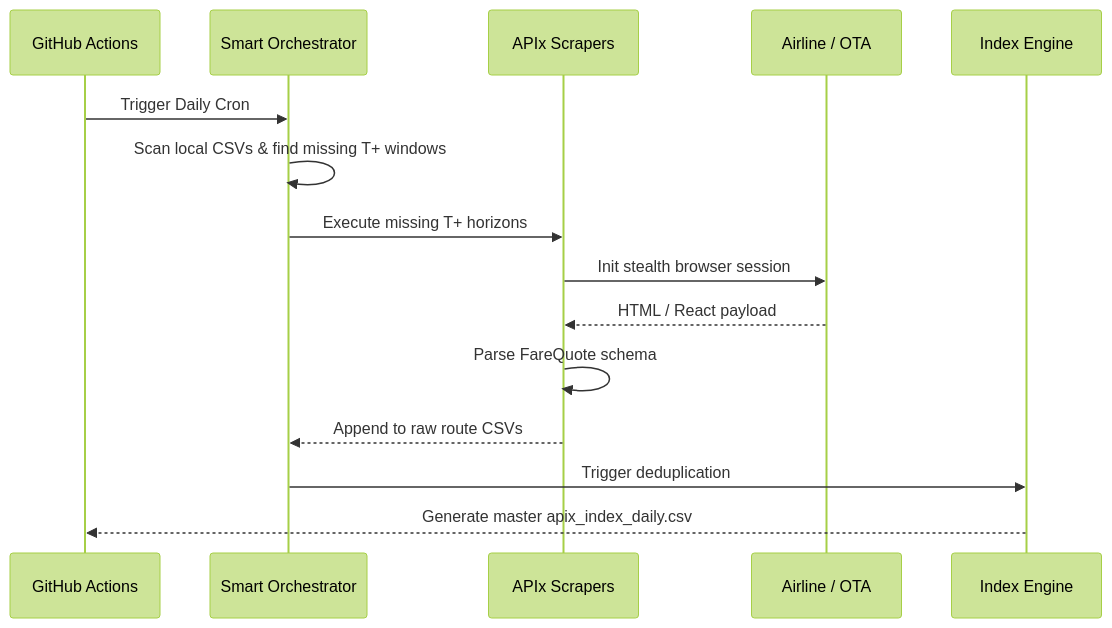
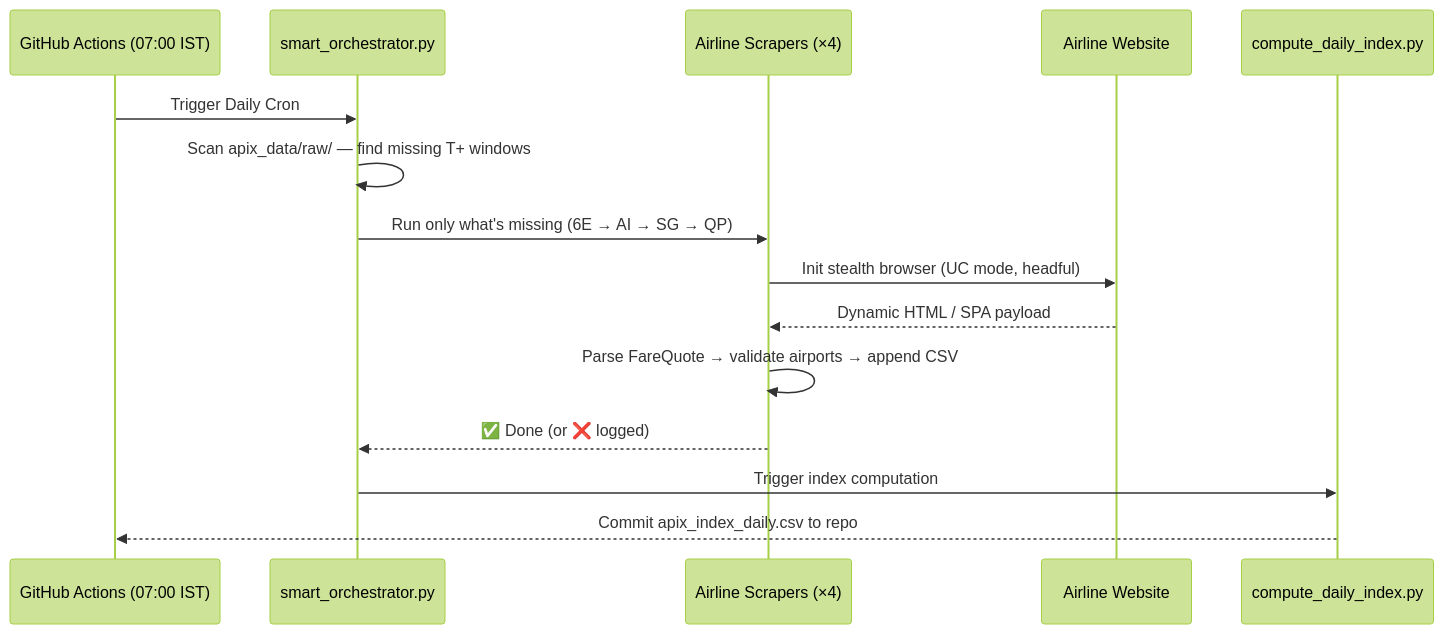
Before and after one commit to Rishavroy-2006/APIx: the first of 2 diagrams in README.md, drawn with Mermaid (forest theme). The commit also changed other lines of this file, not shown here.

Commit message:
docs: rewrite README — all 4 carriers, updated architecture, repo structure, schema table, sampling protocol

````diff
--- a/README.md
+++ b/README.md
@@ -16,18 +17,18 @@
 ```mermaid
 sequenceDiagram
-    participant GitHub as GitHub Actions
-    participant Orch as Smart Orchestrator
-    participant Scraper as APIx Scrapers
-    participant Airline as Airline / OTA
-    participant Compute as Index Engine
-    
-    GitHub->>Orch: Trigger Daily Cron
-    Orch->>Orch: Scan local CSVs & find missing T+ windows
-    Orch->>Scraper: Execute missing T+ horizons
-    Scraper->>Airline: Init stealth browser session
-    Airline-->>Scraper: HTML / React payload
-    Scraper->>Scraper: Parse FareQuote schema
-    Scraper-->>Orch: Append to raw route CSVs
-    Orch->>Compute: Trigger deduplication
-    Compute-->>GitHub: Generate master apix_index_daily.csv
+    participant GA  as GitHub Actions (07:00 IST)
+    participant Orch as smart_orchestrator.py
+    participant Scraper as Airline Scrapers (×4)
+    participant Airline as Airline Website
+    participant Compute as compute_daily_index.py
+
+    GA->>Orch: Trigger Daily Cron
+    Orch->>Orch: Scan apix_data/raw/ — find missing T+ windows
+    Orch->>Scraper: Run only what's missing (6E → AI → SG → QP)
+    Scraper->>Airline: Init stealth browser (UC mode, headful)
+    Airline-->>Scraper: Dynamic HTML / SPA payload
+    Scraper->>Scraper: Parse FareQuote → validate airports → append CSV
+    Scraper-->>Orch: ✅ Done (or ❌ logged)
+    Orch->>Compute: Trigger index computation
+    Compute-->>GA: Commit apix_index_daily.csv to repo
 ```
````
